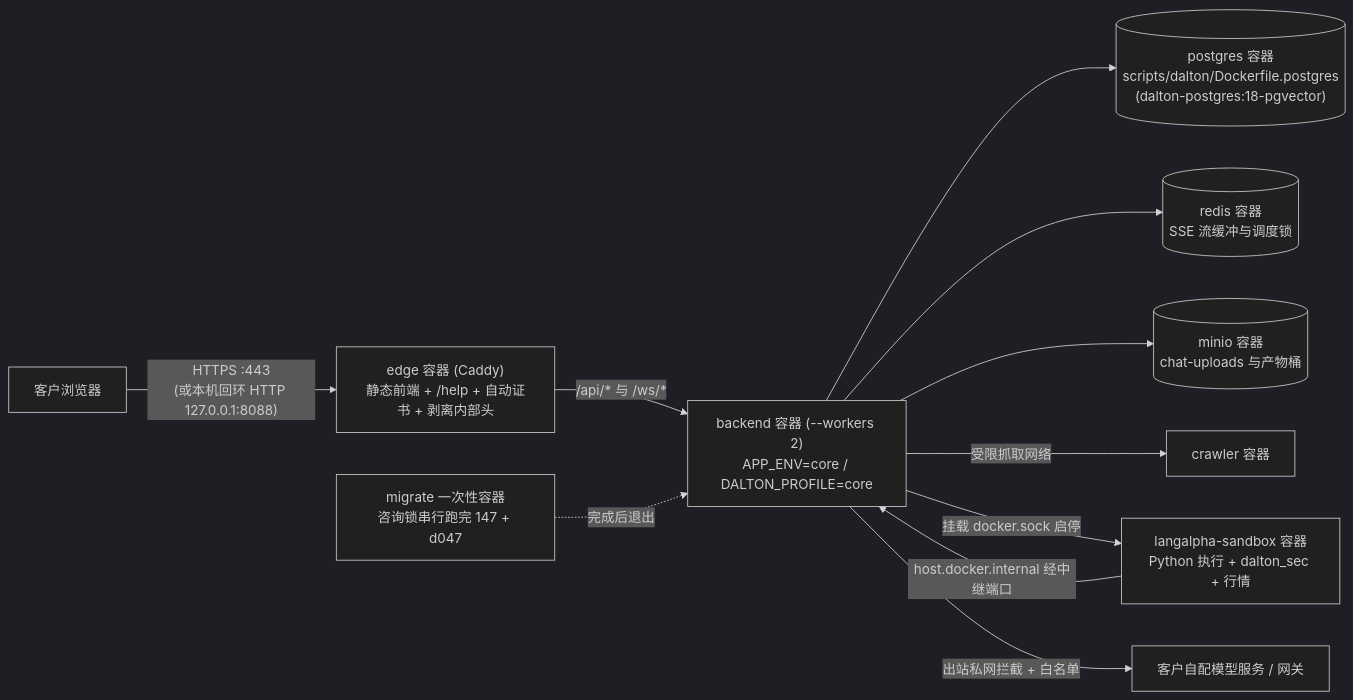
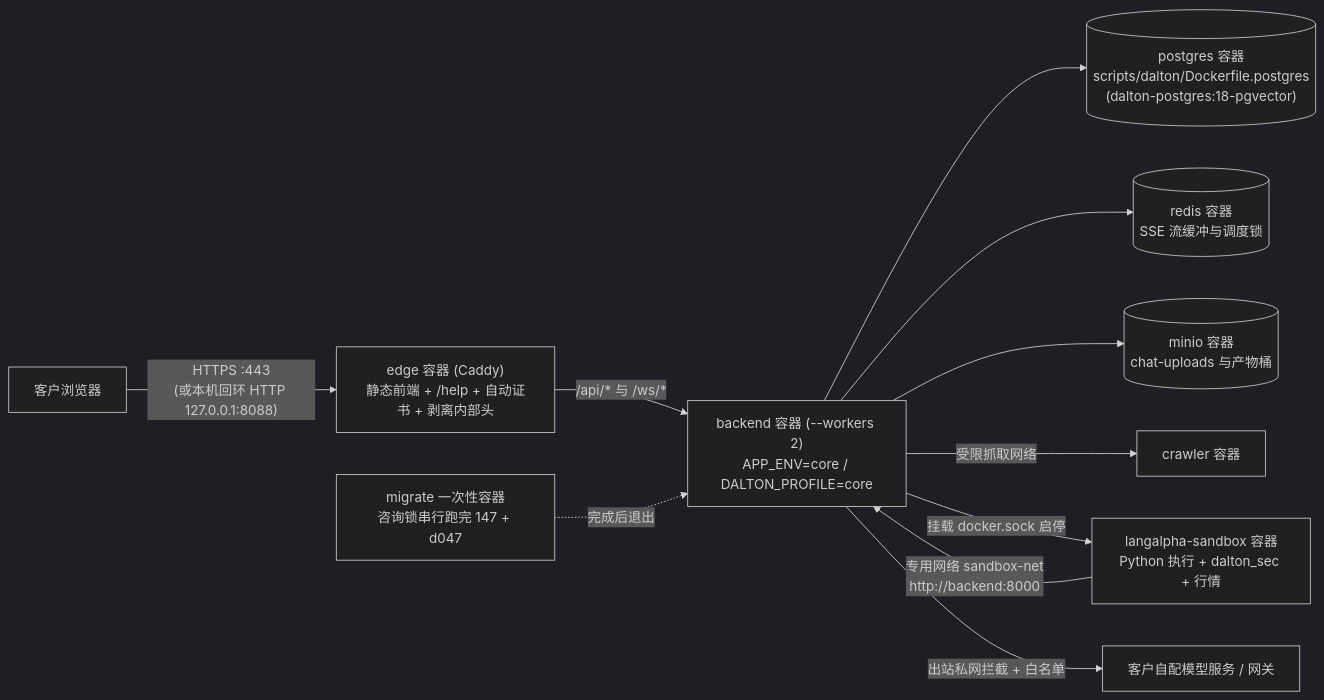
Before and after one commit to everflowinv/dalton-langalpha: the first of 3 diagrams in docs/dalton/features/standalone-core.md, drawn with Mermaid (dark theme). The commit also changed other lines of this file, not shown here.

````diff
--- a/docs/dalton/features/standalone-core.md
+++ b/docs/dalton/features/standalone-core.md
@@ -149,13 +149,13 @@
 ```mermaid
 flowchart LR
     User["客户浏览器"] -->|"HTTPS :443<br/>(或本机回环 HTTP 127.0.0.1:8088)"| Edge["edge 容器 (Caddy)<br/>静态前端 + /help + 自动证书 + 剥离内部头"]
     Edge -->|"/api/* 与 /ws/*"| Backend["backend 容器 (--workers 2)<br/>APP_ENV=core / DALTON_PROFILE=core"]
     Migrate["migrate 一次性容器<br/>咨询锁串行跑完 147 + d047"] -.->|"完成后退出"| Backend
     Backend --> PG[("postgres 容器<br/>scripts/dalton/Dockerfile.postgres<br/>(dalton-postgres:18-pgvector)")]
     Backend --> Redis[("redis 容器<br/>SSE 流缓冲与调度锁")]
     Backend --> MinIO[("minio 容器<br/>chat-uploads 与产物桶")]
     Backend -->|"受限抓取网络"| Crawler["crawler 容器"]
     Backend -->|"挂载 docker.sock 启停"| Sandbox["langalpha-sandbox 容器<br/>Python 执行 + dalton_sec + 行情"]
-    Sandbox -->|"host.docker.internal 经中继端口"| Backend
+    Sandbox -->|"专用网络 sandbox-net<br/>http://backend:8000"| Backend
     Backend -->|"出站私网拦截 + 白名单"| LLM["客户自配模型服务 / 网关"]
 ```
````
